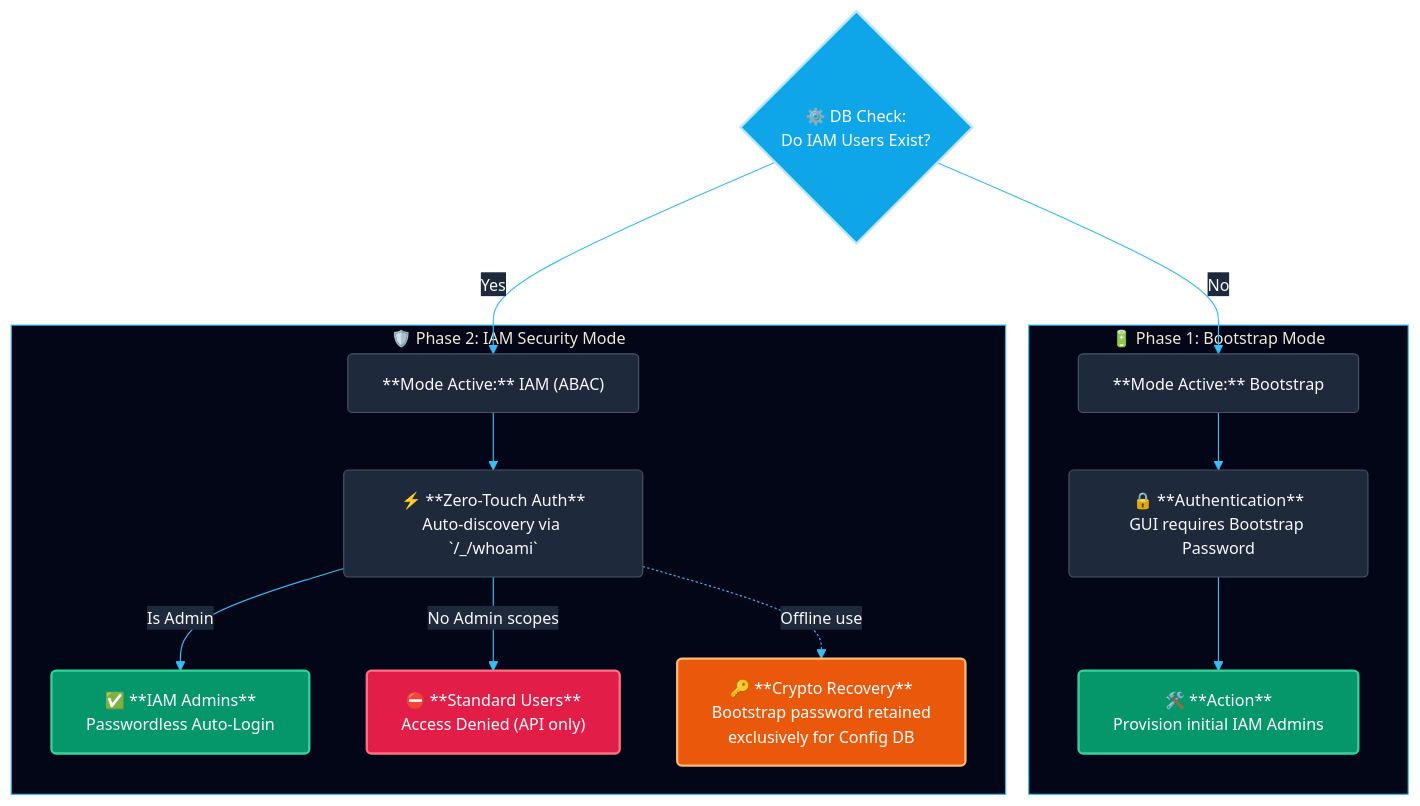
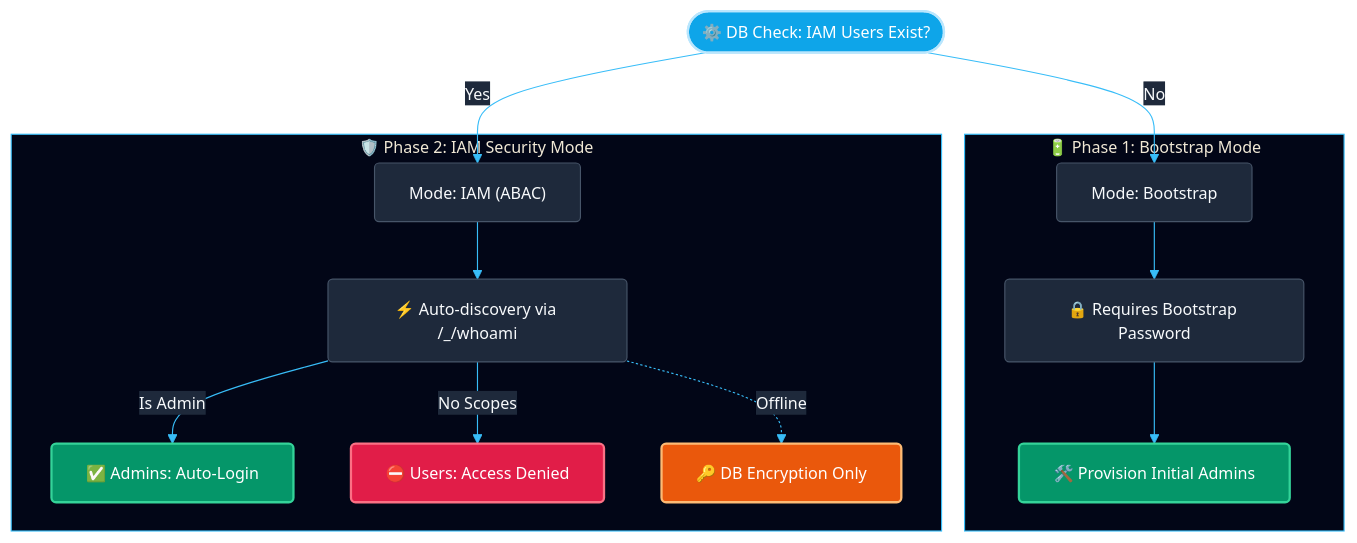
Before and after one commit to beshu-tech/deltaglider_proxy: the diagram in docs/AUTHENTICATION.md, drawn with Mermaid. The commit also changed other lines of this file and 3 other files, not shown here.

````diff
--- a/docs/AUTHENTICATION.md
+++ b/docs/AUTHENTICATION.md
@@ -85,52 +85,52 @@
 ```mermaid
 %%{
   init: {
     'theme': 'base',
     'themeVariables': {
       'primaryColor': '#0f172a',
       'primaryTextColor': '#f8fafc',
       'primaryBorderColor': '#334155',
       'lineColor': '#38bdf8',
       'secondaryColor': '#1e293b',
       'tertiaryColor': '#0f172a',
       'clusterBkg': '#020617',
       'clusterBorder': '#38bdf8',
       'fontSize': '14px',
       'fontFamily': 'Inter, system-ui, sans-serif'
     }
   }
 }%%
 flowchart TD
     classDef initial fill:#0ea5e9,stroke:#bae6fd,stroke-width:2px,color:#ffffff,rx:8,ry:8
     classDef default fill:#1e293b,stroke:#475569,stroke-width:1px,color:#f8fafc,rx:4,ry:4
     classDef allowed fill:#059669,stroke:#34d399,stroke-width:2px,color:#ffffff,rx:4,ry:4
     classDef denied fill:#e11d48,stroke:#fb7185,stroke-width:2px,color:#ffffff,rx:4,ry:4
     classDef storage fill:#ea580c,stroke:#fdba74,stroke-width:2px,color:#ffffff,rx:4,ry:4
     
-    START{"⚙️ DB Check:<br/>Do IAM Users Exist?"}:::initial
+    START(["⚙️ DB Check: IAM Users Exist?"]):::initial
     
     subgraph BOOTSTRAP [🔋 Phase 1: Bootstrap Mode]
-        B_STATE["**Mode Active:** Bootstrap"]:::default
-        B_AUTH["🔒 **Authentication**<br/>GUI requires Bootstrap Password"]:::default
-        B_ACT["🛠️ **Action**<br/>Provision initial IAM Admins"]:::allowed
+        B_STATE["Mode: Bootstrap"]:::default
+        B_AUTH["🔒 Requires Bootstrap Password"]:::default
+        B_ACT["🛠️ Provision Initial Admins"]:::allowed
         
         B_STATE --> B_AUTH --> B_ACT
     end
     
     subgraph OVERRIDE [🛡️ Phase 2: IAM Security Mode]
-        I_STATE["**Mode Active:** IAM (ABAC)"]:::default
-        I_AUTH["⚡ **Zero-Touch Auth**<br/>Auto-discovery via `/_/whoami`"]:::default
+        I_STATE["Mode: IAM (ABAC)"]:::default
+        I_AUTH["⚡ Auto-discovery via /_/whoami"]:::default
         
-        I_ADMIN["✅ **IAM Admins**<br/>Passwordless Auto-Login"]:::allowed
-        I_USER["⛔ **Standard Users**<br/>Access Denied (API only)"]:::denied
-        I_CRYPT["🔑 **Crypto Recovery**<br/>Bootstrap password retained<br/>exclusively for Config DB"]:::storage
+        I_ADMIN["✅ Admins: Auto-Login"]:::allowed
+        I_USER["⛔ Users: Access Denied"]:::denied
+        I_CRYPT["🔑 DB Encryption Only"]:::storage
         
         I_STATE --> I_AUTH
         I_AUTH -->|"Is Admin"| I_ADMIN
-        I_AUTH -->|"No Admin scopes"| I_USER
-        I_AUTH -.->|"Offline use"| I_CRYPT
+        I_AUTH -->|"No Scopes"| I_USER
+        I_AUTH -.->|"Offline"| I_CRYPT
     end
     
     START -- "No" --> B_STATE
     START -- "Yes" --> I_STATE
 ```
````
